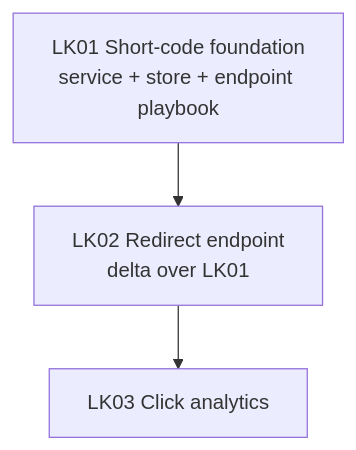
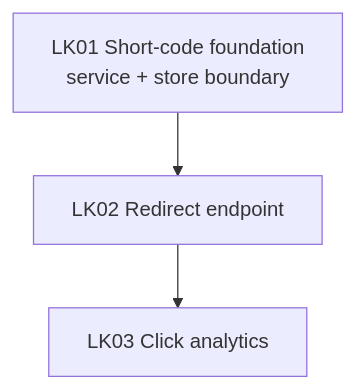
The diagram in examples/example-tracker/README.md (aryeko/agentic-workflow-kit), drawn with Mermaid before and after one commit. The commit also changed other lines of this file and 86 other files, not shown here.

````diff
--- a/examples/example-tracker/README.md
+++ b/examples/example-tracker/README.md
@@ -31,9 +31,9 @@
 ```mermaid
 flowchart TD
-  LK01[LK01 Short-code foundation<br/>service + store + endpoint playbook]
-  LK02[LK02 Redirect endpoint<br/>delta over LK01]
+  LK01[LK01 Short-code foundation<br/>service + store boundary]
+  LK02[LK02 Redirect endpoint]
   LK03[LK03 Click analytics]
 
   LK01 --> LK02
   LK02 --> LK03
 ```
````
